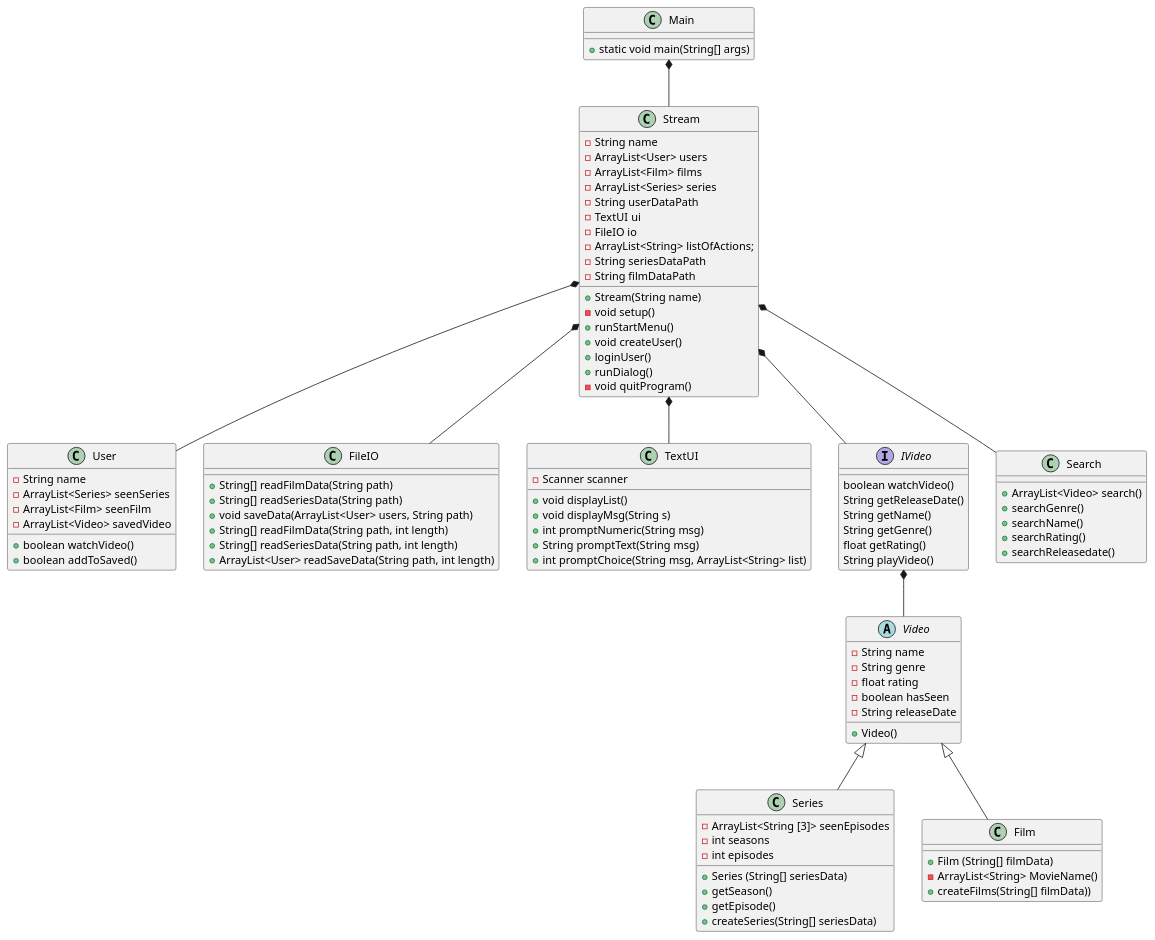
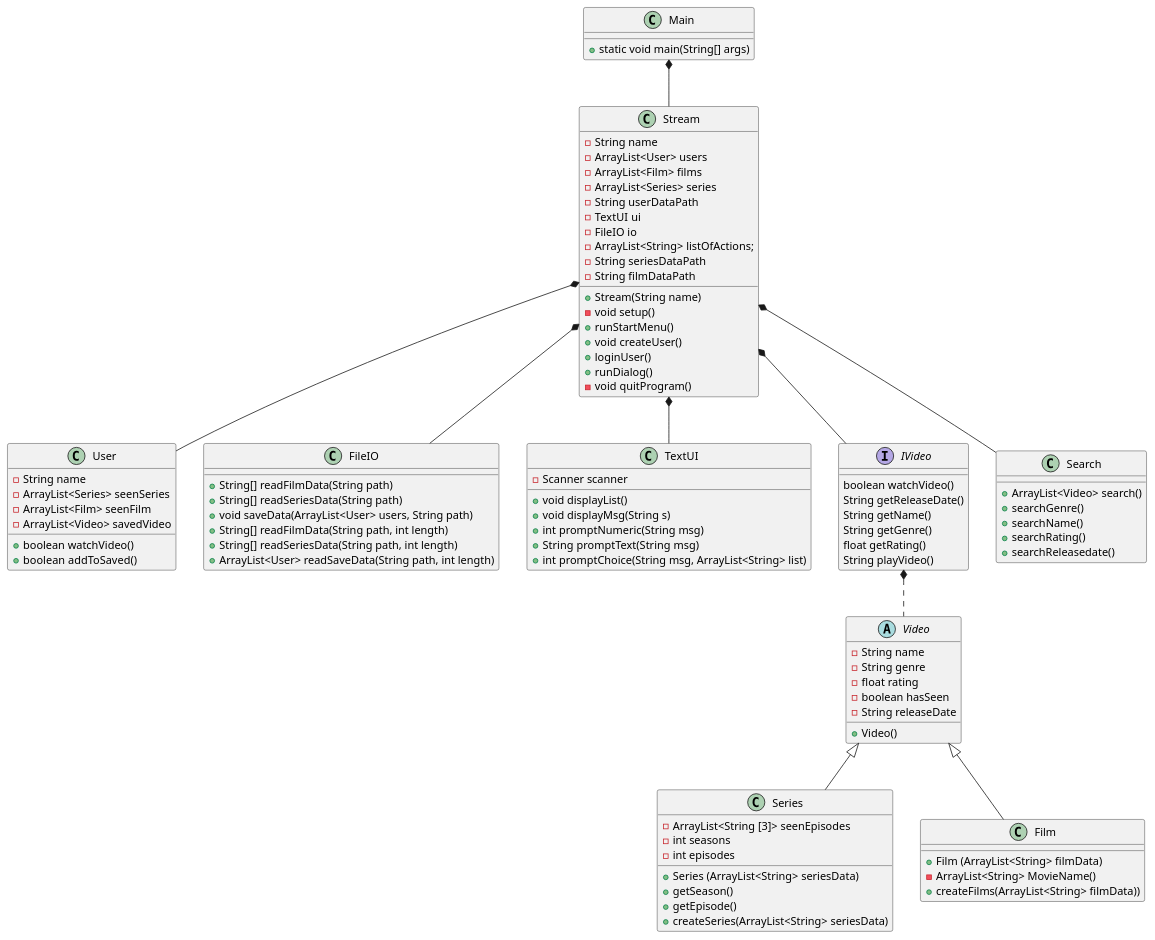
One commit to Gervig/SP3-Gruppe-C changed the diagram in doc/Plan/static/classdiagram.puml. Above: the diagram before and after it, drawn with PlantUML. The commit also changed 1 other file, not shown here.

```diff
--- a/doc/Plan/static/classdiagram.puml
+++ b/doc/Plan/static/classdiagram.puml
@@ -1,126 +1,126 @@
 @startuml
 'https://plantuml.com/class-diagram
 
 class Main{
 + static void main(String[] args)
 }
 
 class Stream{
 - String name
 'utilities
 - ArrayList<User> users
 - ArrayList<Film> films
 - ArrayList<Series> series
 - String userDataPath
 - TextUI ui
 - FileIO io
 - ArrayList<String> listOfActions;
 - String seriesDataPath
 - String filmDataPath
 'constructor
 + Stream(String name)
 'methods
 - void setup()
 ' setup er til er at læse data
 + runStartMenu()
 + void createUser()
 ' skal createUser være void? Det er den i matador
 ' createUser skal vel checke om der er andre med det brugernavn
 + loginUser()
 ' skal loginUser være void?
 ' den skal vel checke om der er en user med det username og tjekke om loginnet er korrekt
 + runDialog()
 ' i runDialog kan man vælge at søge
 - void quitProgram()
 }
 
 
 class User{
 - String name
 - ArrayList<Series> seenSeries
 - ArrayList<Film> seenFilm
 - ArrayList<Video> savedVideo
 + boolean watchVideo()
 + boolean addToSaved()
 }
 
 class FileIO{
 + String[] readFilmData(String path)
 + String[] readSeriesData(String path)
 + void saveData(ArrayList<User> users, String path)
 + String[] readFilmData(String path, int length)
 + String[] readSeriesData(String path, int length)
 + ArrayList<User> readSaveData(String path, int length)
 }
 
 class TextUI{
 - Scanner scanner
 + void displayList()
 + void displayMsg(String s)
 + int promptNumeric(String msg)
 + String promptText(String msg)
 + int promptChoice(String msg, ArrayList<String> list)
 }
 
 interface IVideo {
 boolean watchVideo()
 String getReleaseDate()
 String getName()
 String getGenre()
 float getRating()
 String playVideo()
 }
 
 abstract Class Video{
 - String name
 - String genre
 - float rating
 - boolean hasSeen
 - String releaseDate
 'constructor
 + Video()
 }
 
 class Series{
 - ArrayList<String [3]> seenEpisodes
 - int seasons
 - int episodes
-+ Series (String[] seriesData)
++ Series (ArrayList<String> seriesData)
 + getSeason()
 + getEpisode()
-+ createSeries(String[] seriesData)
++ createSeries(ArrayList<String> seriesData)
 }
 
 class Film {
 'constructor
-+ Film (String[] filmData)
++ Film (ArrayList<String> filmData)
 - ArrayList<String> MovieName()
-+ createFilms(String[] filmData))
++ createFilms(ArrayList<String> filmData))
 }
 
 
 class Search{
 + ArrayList<Video> search()
 'methods til de forskellige søgemuligheder
 ' Skal disse returnere objekterne fra video?
 + searchGenre()
 + searchName()
 + searchRating()
 + searchReleasedate()
 'skal vi have funktioner der kun søger blandt serier og film adskilt?
 }
 
-IVideo *-- Video
+IVideo *.. Video
 
 Video <|-- Series
 Video <|-- Film
 
 Main *-- Stream
 
 Stream *-- User
 Stream *-- FileIO
 Stream *-- TextUI
 Stream *-- IVideo
 Stream *-- Search
 
 @enduml
```
